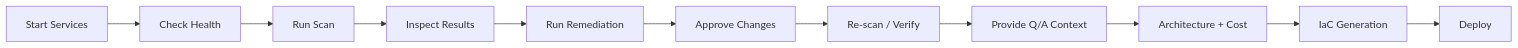
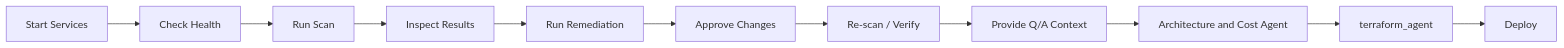
One commit to adityajayashankar/Deplai changed the diagram in RUNBOOK.md. Above: the diagram before and after it, drawn with Mermaid. The commit also changed other lines of this file and 2 other files, not shown here.

````diff
--- a/RUNBOOK.md
+++ b/RUNBOOK.md
@@ -200,13 +200,13 @@
 ```mermaid
 flowchart LR
     Start[Start Services] --> Health[Check Health]
     Health --> Scan[Run Scan]
     Scan --> Results[Inspect Results]
     Results --> Remediate[Run Remediation]
     Remediate --> Approve[Approve Changes]
     Approve --> Verify[Re-scan / Verify]
     Verify --> QA[Provide Q/A Context]
-    QA --> Arch[Architecture + Cost]
-    Arch --> IaC[IaC Generation]
-    IaC --> Deploy[Deploy]
+    QA --> Agent[Architecture and Cost Agent]
+    Agent --> Terraform[terraform_agent]
+    Terraform --> Deploy[Deploy]
 ```
````
